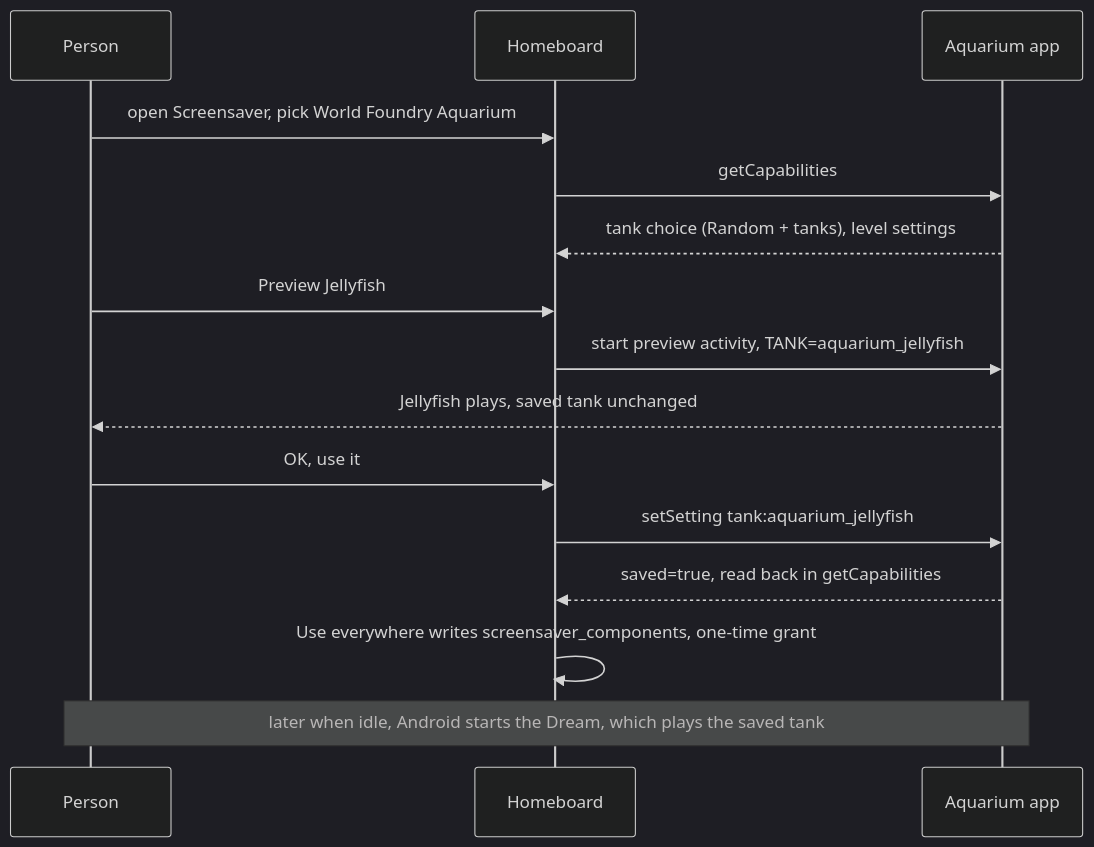
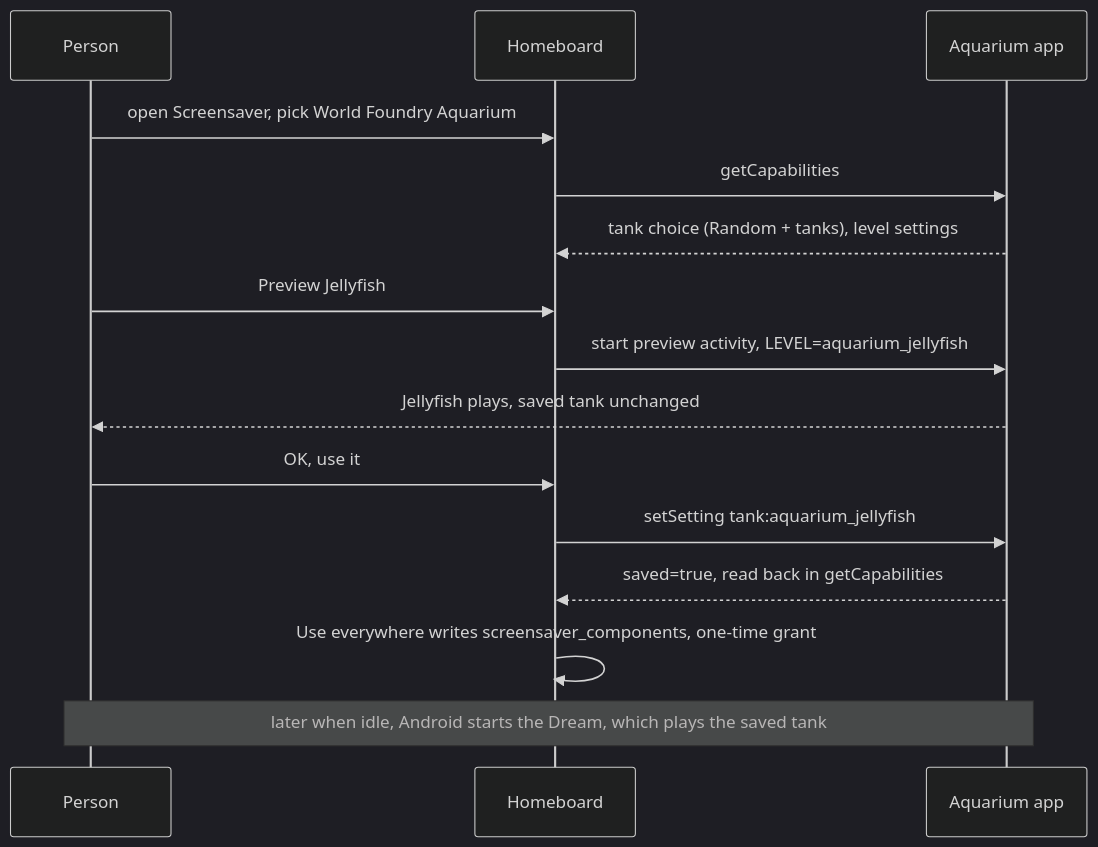
The third of 4 diagrams in docs/plans/2026-11-21-aquarium-menu-and-screensaver-launch.md (wbniv/WorldFoundry), drawn with Mermaid (dark theme) before and after one commit. The commit also changed other lines of this file and 4 other files, not shown here.

First line of the commit message:
Aquarium launch plan: reconcile with the screensaver app and remediation plan; one LEVEL extra for every package

````diff
--- a/docs/plans/2026-11-21-aquarium-menu-and-screensaver-launch.md
+++ b/docs/plans/2026-11-21-aquarium-menu-and-screensaver-launch.md
@@ -107,17 +107,17 @@
 ```mermaid
 sequenceDiagram
     participant P as Person
     participant H as Homeboard
     participant A as Aquarium app
     P->>H: open Screensaver, pick World Foundry Aquarium
     H->>A: getCapabilities
     A-->>H: tank choice (Random + tanks), level settings
     P->>H: Preview Jellyfish
-    H->>A: start preview activity, TANK=aquarium_jellyfish
+    H->>A: start preview activity, LEVEL=aquarium_jellyfish
     A-->>P: Jellyfish plays, saved tank unchanged
     P->>H: OK, use it
     H->>A: setSetting tank:aquarium_jellyfish
     A-->>H: saved=true, read back in getCapabilities
     H->>H: Use everywhere writes screensaver_components, one-time grant
     Note over P,A: later when idle, Android starts the Dream, which plays the saved tank
 ```
````
